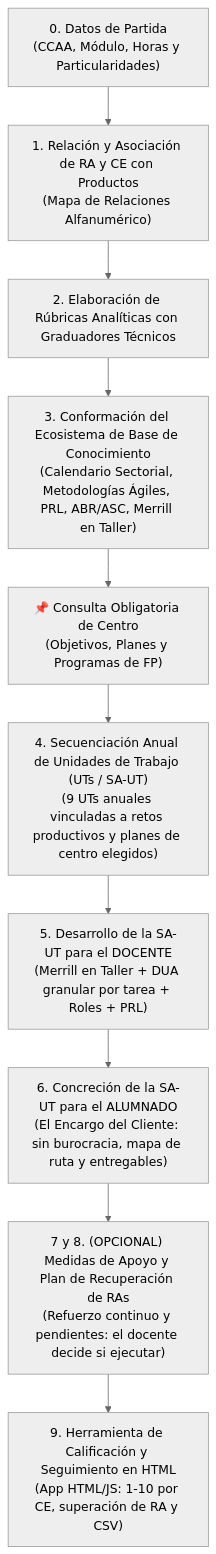
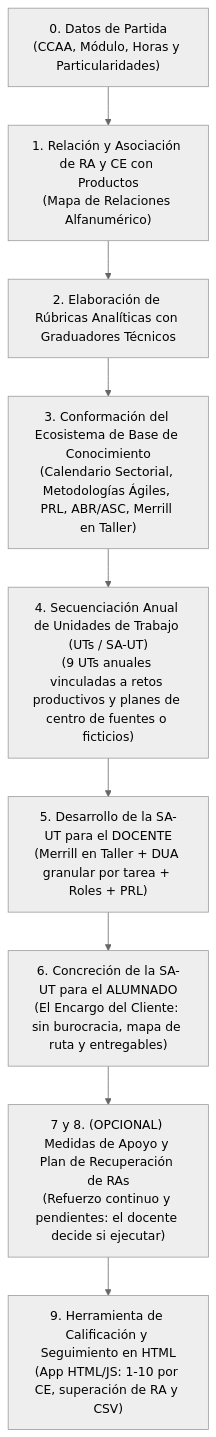
One commit to nmarafo/OpenDidactia changed the diagram in docs/guia_elaboracion_programaciones_y_ut_fp.md. Above: the diagram before and after it, drawn with Mermaid (neutral theme). The commit also changed other lines of this file and 9 other files, not shown here.

Commit message:
feat(prompt): automatizar integracion de objetivos y planes en Paso 3 suprimiendo consulta previa

````diff
--- a/docs/guia_elaboracion_programaciones_y_ut_fp.md
+++ b/docs/guia_elaboracion_programaciones_y_ut_fp.md
@@ -32,12 +32,11 @@
 ```mermaid
 graph TD
     DP["0. Datos de Partida<br>(CCAA, Módulo, Horas y Particularidades)"] --> A["1. Relación y Asociación de RA y CE con Productos<br>(Mapa de Relaciones Alfanumérico)"]
     A --> B["2. Elaboración de Rúbricas Analíticas con Graduadores Técnicos"]
     B --> C["3. Conformación del Ecosistema de Base de Conocimiento<br>(Calendario Sectorial, Metodologías Ágiles, PRL, ABR/ASC, Merrill en Taller)"]
-    C --> CON["📌 Consulta Obligatoria de Centro<br>(Objetivos, Planes y Programas de FP)"]
-    CON --> D["4. Secuenciación Anual de Unidades de Trabajo (UTs / SA-UT)<br>(9 UTs anuales vinculadas a retos productivos y planes de centro elegidos)"]
+    C --> D["4. Secuenciación Anual de Unidades de Trabajo (UTs / SA-UT)<br>(9 UTs anuales vinculadas a retos productivos y planes de centro de fuentes o ficticios)"]
     D --> E["5. Desarrollo de la SA-UT para el DOCENTE<br>(Merrill en Taller + DUA granular por tarea + Roles + PRL)"]
     E --> F["6. Concreción de la SA-UT para el ALUMNADO<br>(El Encargo del Cliente: sin burocracia, mapa de ruta y entregables)"]
     F --> G["7 y 8. (OPCIONAL) Medidas de Apoyo y Plan de Recuperación de RAs<br>(Refuerzo continuo y pendientes: el docente decide si ejecutar)"]
     G --> I["9. Herramienta de Calificación y Seguimiento en HTML<br>(App HTML/JS: 1-10 por CE, superación de RA y CSV)"]
 ```
````
